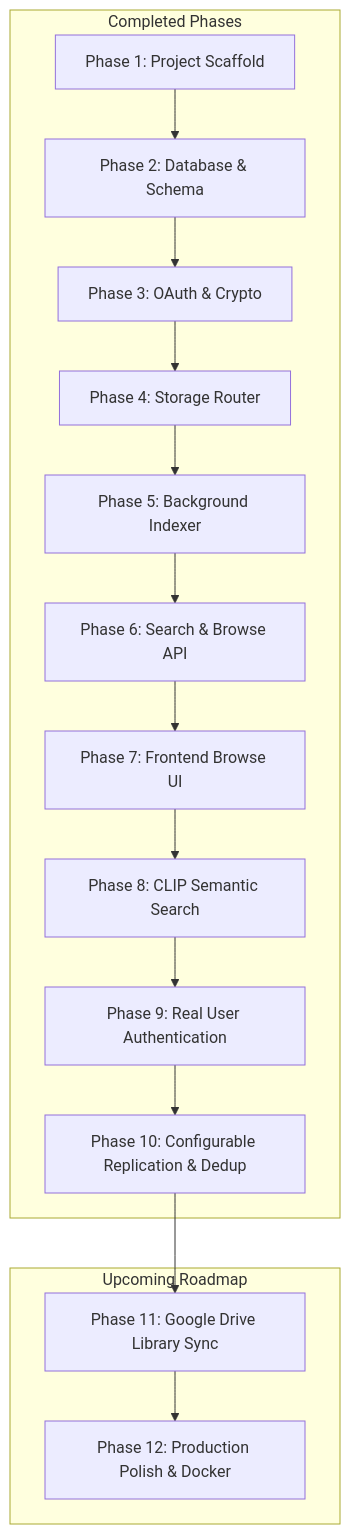
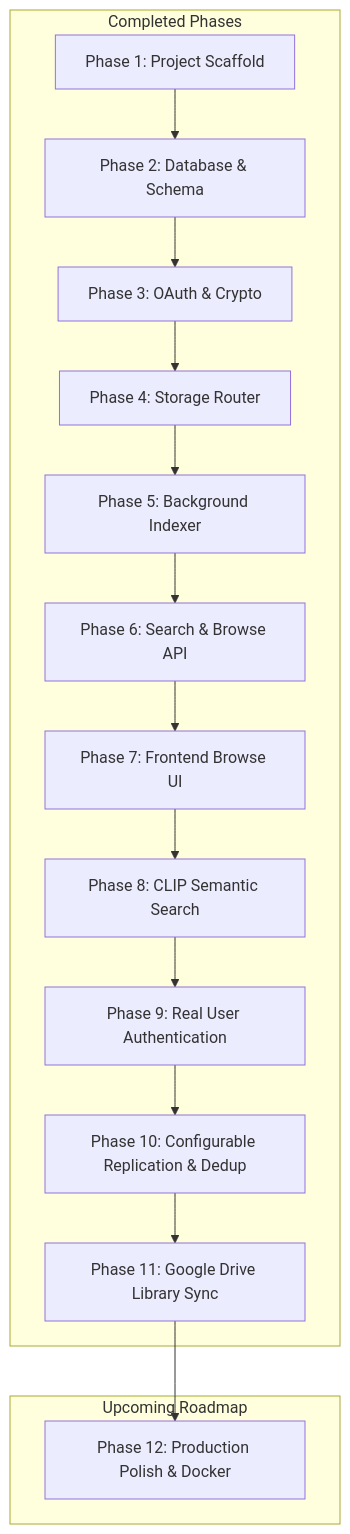
One commit to RuchitPahadia/Drive_Orchestrator changed the second of 2 diagrams in README.md. Above: the diagram before and after it, drawn with Mermaid. The commit also changed other lines of this file and 14 other files, not shown here.

First line of the commit message:
feat: implement Phase 11 Google Drive library sync and background ingestion worker

````diff
--- a/README.md
+++ b/README.md
@@ -290,22 +290,22 @@
 ```mermaid
 flowchart TD
     subgraph Completed [Completed Phases]
         P1[Phase 1: Project Scaffold]
         P2[Phase 2: Database & Schema]
         P3[Phase 3: OAuth & Crypto]
         P4[Phase 4: Storage Router]
         P5[Phase 5: Background Indexer]
         P6[Phase 6: Search & Browse API]
         P7[Phase 7: Frontend Browse UI]
         P8[Phase 8: CLIP Semantic Search]
         P9[Phase 9: Real User Authentication]
         P10[Phase 10: Configurable Replication & Dedup]
-        P1 --> P2 --> P3 --> P4 --> P5 --> P6 --> P7 --> P8 --> P9 --> P10
+        P11[Phase 11: Google Drive Library Sync]
+        P1 --> P2 --> P3 --> P4 --> P5 --> P6 --> P7 --> P8 --> P9 --> P10 --> P11
     end
 
     subgraph Planned [Upcoming Roadmap]
-        P11[Phase 11: Google Drive Library Sync]
         P12[Phase 12: Production Polish & Docker]
-        P10 --> P11 --> P12
+        P11 --> P12
     end
 ```
````
